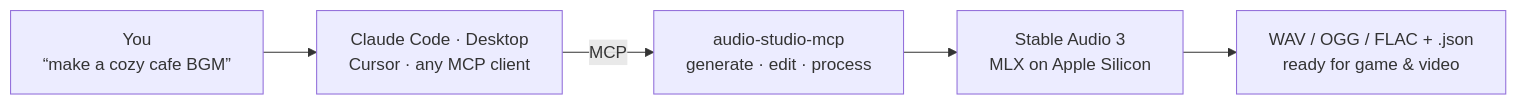
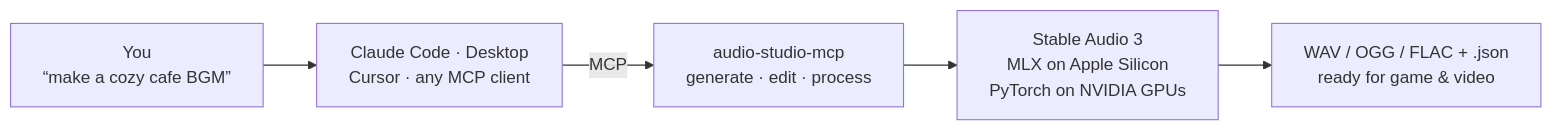
One commit to kanaworksai-hue/audio-studio-mcp changed the diagram in README.md. Above: the diagram before and after it, drawn with Mermaid. The commit also changed other lines of this file and 6 other files, not shown here.

````diff
--- a/README.md
+++ b/README.md
@@ -61,7 +62,7 @@
 ```mermaid
 flowchart LR
     U["You<br/>“make a cozy cafe BGM”"] --> C["Claude Code · Desktop<br/>Cursor · any MCP client"]
     C -- "MCP" --> S["audio-studio-mcp<br/>generate · edit · process"]
-    S --> M["Stable Audio 3<br/>MLX on Apple Silicon"]
+    S --> M["Stable Audio 3<br/>MLX on Apple Silicon<br/>PyTorch on NVIDIA GPUs"]
     M --> F["WAV / OGG / FLAC + .json<br/>ready for game & video"]
 ```
````
